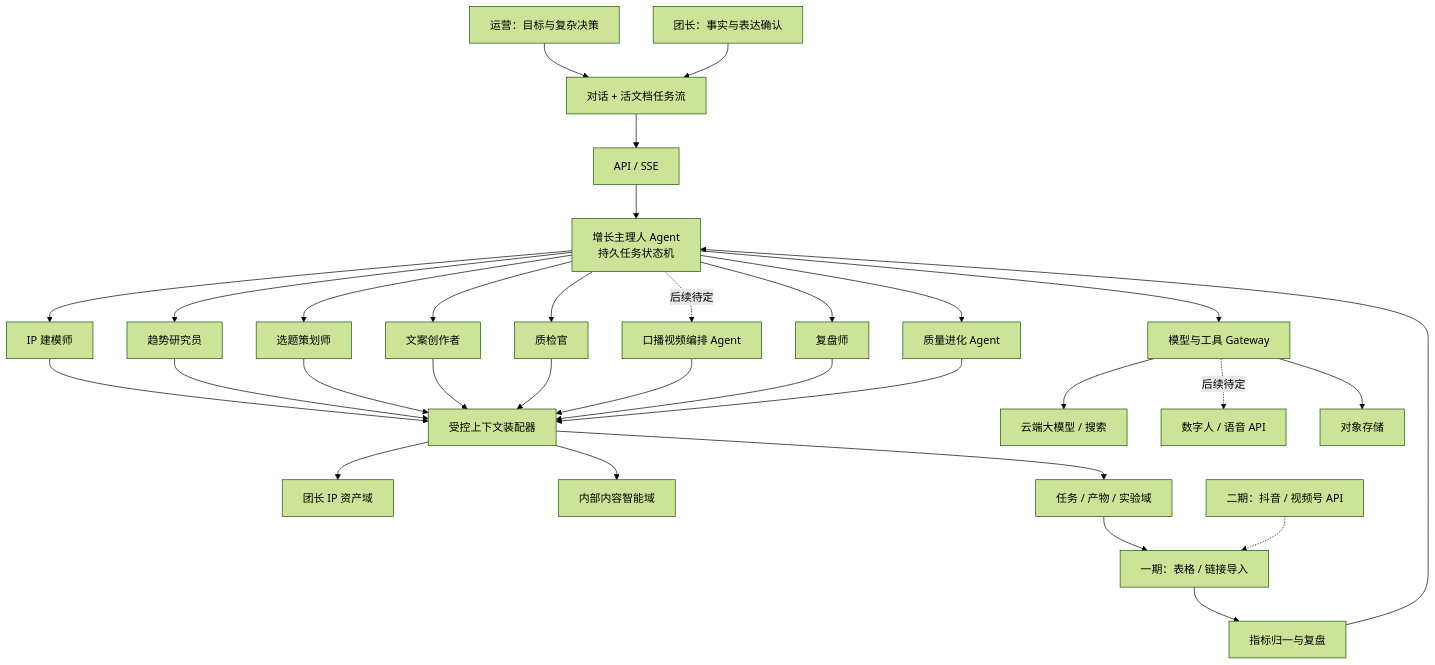
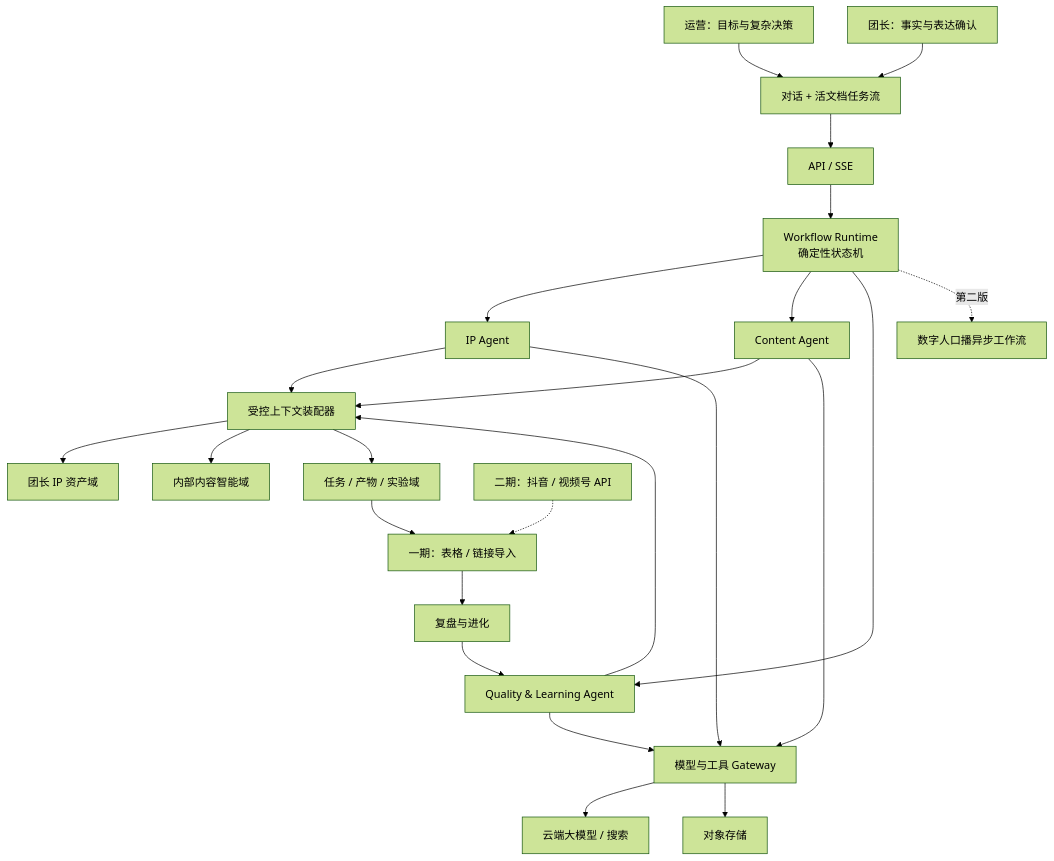
The first of 2 diagrams in docs/superpowers/specs/2026-08-15-group-leader-content-growth-agent-design.md (iSamlzh/short-video-llm), drawn with Mermaid (forest theme) before and after one commit. The commit also changed other lines of this file, not shown here.

Commit message:
docs: consolidate MVP agent boundaries

````diff
--- a/docs/superpowers/specs/2026-08-15-group-leader-content-growth-agent-design.md
+++ b/docs/superpowers/specs/2026-08-15-group-leader-content-growth-agent-design.md
@@ -131,27 +131,22 @@
 ```mermaid
 flowchart TB
     U1["运营：目标与复杂决策"] --> UI["对话 + 活文档任务流"]
     U2["团长：事实与表达确认"] --> UI
     UI --> API["API / SSE"]
-    API --> ORCH["增长主理人 Agent\n持久任务状态机"]
-    ORCH --> A1["IP 建模师"]
-    ORCH --> A2["趋势研究员"]
-    ORCH --> A3["选题策划师"]
-    ORCH --> A4["文案创作者"]
-    ORCH --> A5["质检官"]
-    ORCH -. 后续待定 .-> A6["口播视频编排 Agent"]
-    ORCH --> A7["复盘师"]
-    ORCH --> A8["质量进化 Agent"]
-    A1 & A2 & A3 & A4 & A5 & A6 & A7 & A8 --> CTX["受控上下文装配器"]
+    API --> WF["Workflow Runtime\n确定性状态机"]
+    WF --> A1["IP Agent"]
+    WF --> A2["Content Agent"]
+    WF --> A3["Quality & Learning Agent"]
+    WF -. 第二版 .-> VIDEO["数字人口播异步工作流"]
+    A1 & A2 & A3 --> CTX["受控上下文装配器"]
     CTX --> IP["团长 IP 资产域"]
     CTX --> INTEL["内部内容智能域"]
     CTX --> RUN["任务 / 产物 / 实验域"]
-    ORCH --> TOOLS["模型与工具 Gateway"]
+    A1 & A2 & A3 --> TOOLS["模型与工具 Gateway"]
     TOOLS --> LLM["云端大模型 / 搜索"]
-    TOOLS -. 后续待定 .-> AVATAR["数字人 / 语音 API"]
     TOOLS --> STORAGE["对象存储"]
     RUN --> IMPORT["一期：表格 / 链接导入"]
-    IMPORT --> REVIEW["指标归一与复盘"]
-    REVIEW --> ORCH
+    IMPORT --> REVIEW["复盘与进化"]
+    REVIEW --> A3
     P2["二期：抖音 / 视频号 API"] -.-> IMPORT
 ```
````
